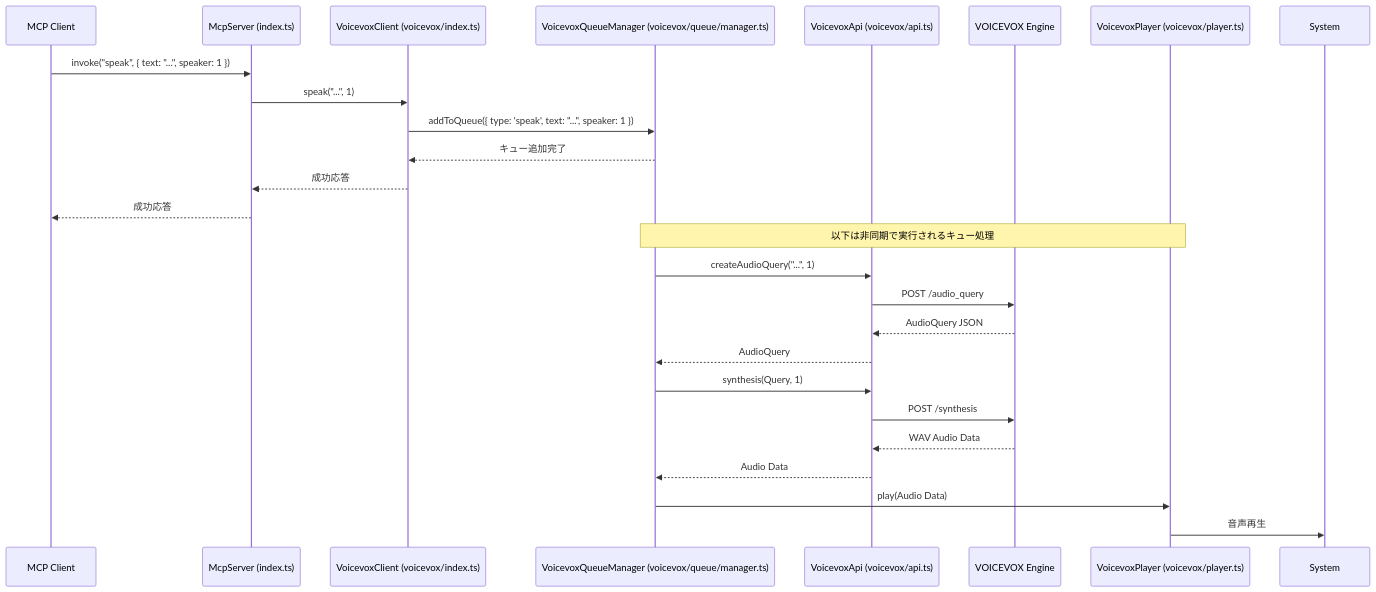
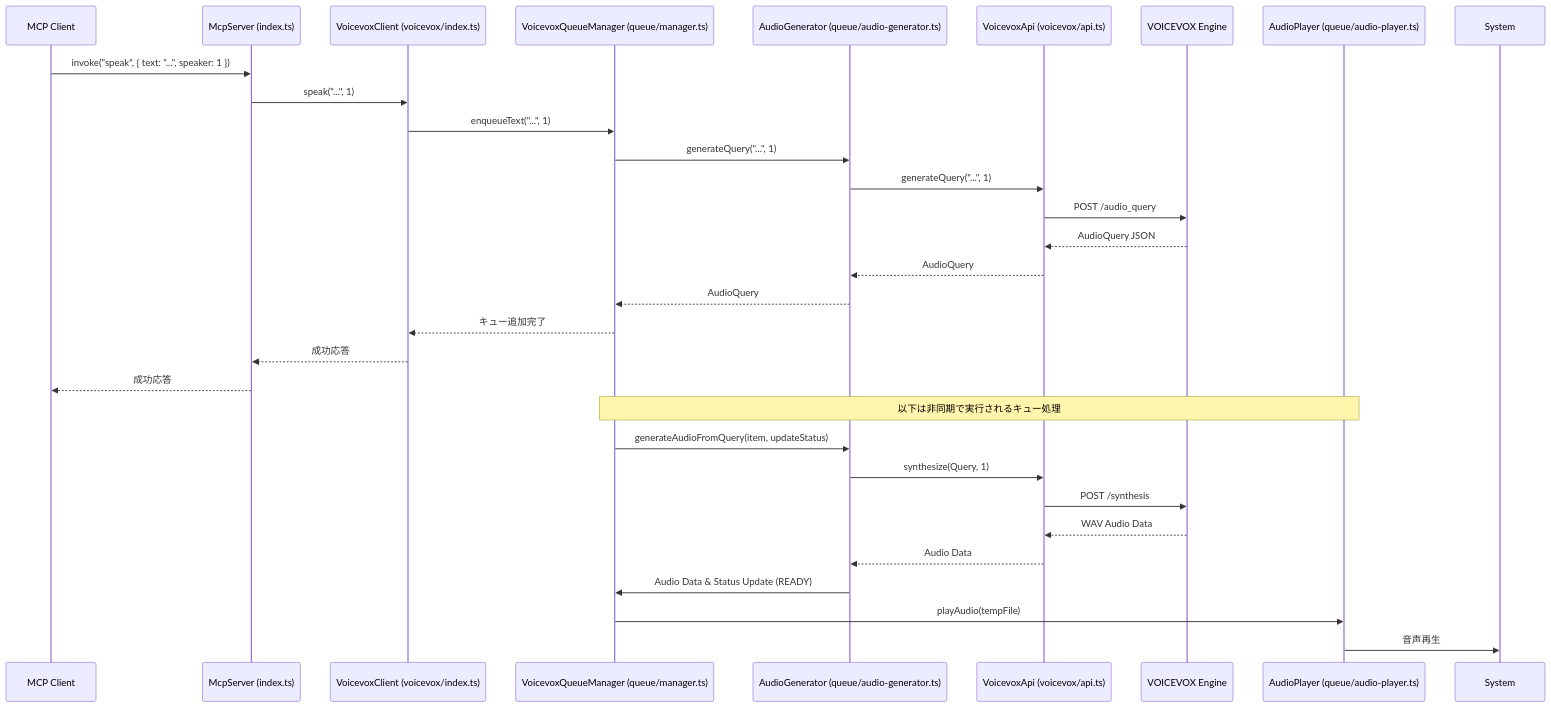
Before and after one commit to nichiki/mcp-tts-voicevox: the first of 3 diagrams in docs/diagrams.md, drawn with Mermaid. The commit also changed other lines of this file and 2 other files, not shown here.

````diff
--- a/docs/diagrams.md
+++ b/docs/diagrams.md
@@ -11,30 +11,35 @@
 ```mermaid
 sequenceDiagram
     participant Client as MCP Client
     participant Server as McpServer (index.ts)
     participant VClient as VoicevoxClient (voicevox/index.ts)
-    participant QueueMgr as VoicevoxQueueManager (voicevox/queue/manager.ts)
+    participant QueueMgr as VoicevoxQueueManager (queue/manager.ts)
+    participant AudioGen as AudioGenerator (queue/audio-generator.ts)
     participant VApi as VoicevoxApi (voicevox/api.ts)
     participant Engine as VOICEVOX Engine
-    participant Player as VoicevoxPlayer (voicevox/player.ts)
+    participant AudioPlayer as AudioPlayer (queue/audio-player.ts)
 
     Client->>Server: invoke("speak", { text: "...", speaker: 1 })
     Server->>VClient: speak("...", 1)
-    VClient->>QueueMgr: addToQueue({ type: 'speak', text: "...", speaker: 1 })
+    VClient->>QueueMgr: enqueueText("...", 1)
+    QueueMgr->>AudioGen: generateQuery("...", 1)
+    AudioGen->>VApi: generateQuery("...", 1)
+    VApi->>Engine: POST /audio_query
+    Engine-->>VApi: AudioQuery JSON
+    VApi-->>AudioGen: AudioQuery
+    AudioGen-->>QueueMgr: AudioQuery
     QueueMgr-->>VClient: キュー追加完了
     VClient-->>Server: 成功応答
     Server-->>Client: 成功応答
 
-    Note over QueueMgr, Player: 以下は非同期で実行されるキュー処理
+    Note over QueueMgr, AudioPlayer: 以下は非同期で実行されるキュー処理
 
-    QueueMgr->>VApi: createAudioQuery("...", 1)
-    VApi->>Engine: POST /audio_query
-    Engine-->>VApi: AudioQuery JSON
-    VApi-->>QueueMgr: AudioQuery
-    QueueMgr->>VApi: synthesis(Query, 1)
+    QueueMgr->>AudioGen: generateAudioFromQuery(item, updateStatus)
+    AudioGen->>VApi: synthesize(Query, 1)
     VApi->>Engine: POST /synthesis
     Engine-->>VApi: WAV Audio Data
-    VApi-->>QueueMgr: Audio Data
-    QueueMgr->>Player: play(Audio Data)
-    Player->>System: 音声再生
+    VApi-->>AudioGen: Audio Data
+    AudioGen->>QueueMgr: Audio Data & Status Update (READY)
+    QueueMgr->>AudioPlayer: playAudio(tempFile)
+    AudioPlayer->>System: 音声再生
 ```
````
